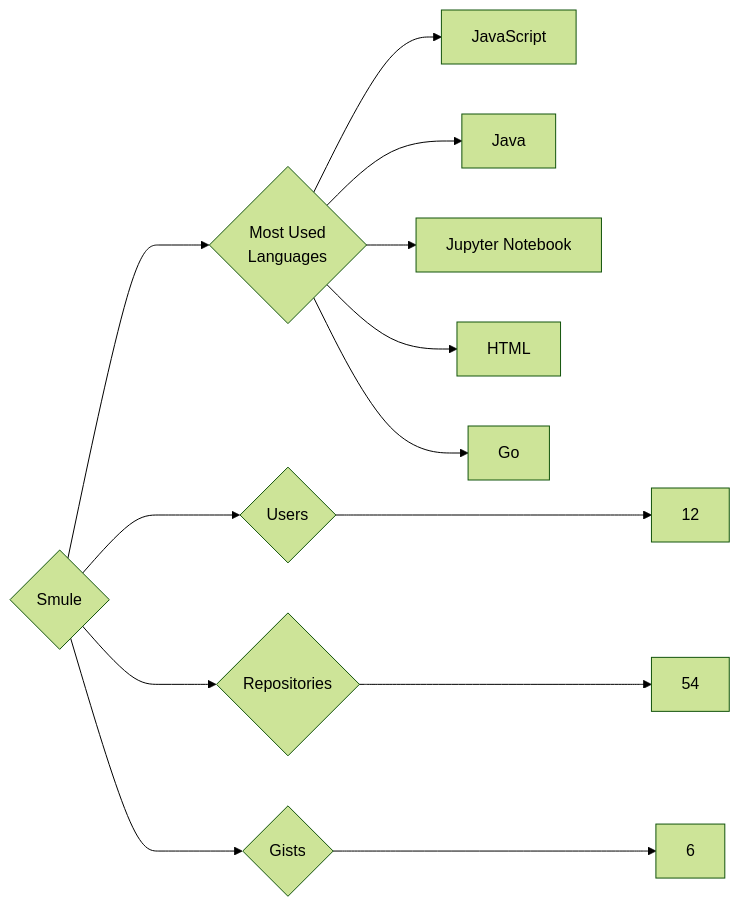
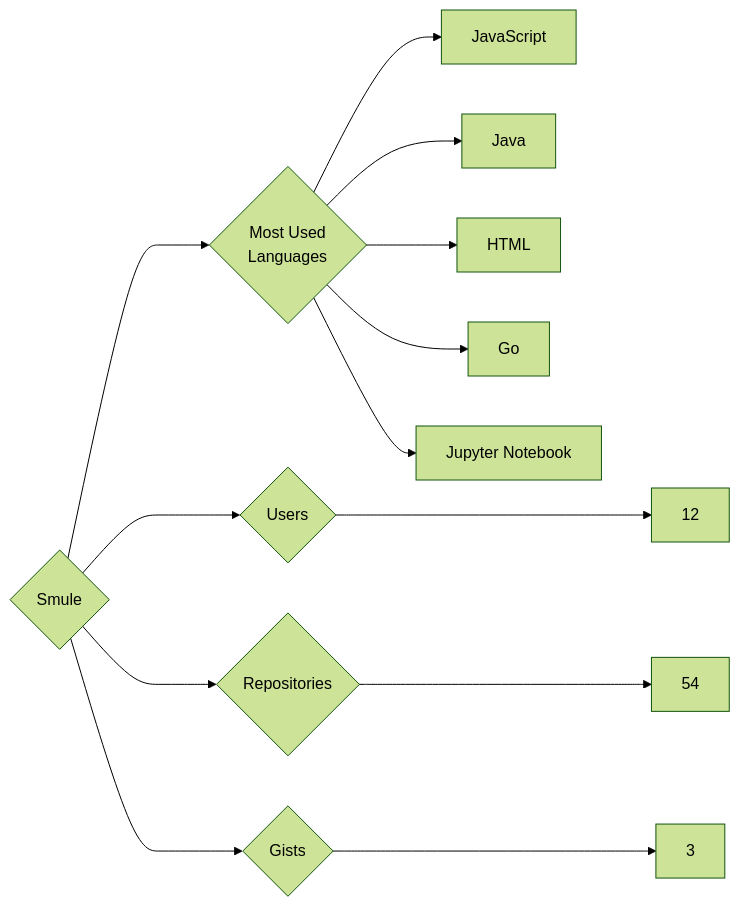
One commit to trickest/insiders changed the diagram in targets/Smule/README.md. Above: the diagram before and after it, drawn with Mermaid (forest theme). The commit also changed 1011 other files, not shown here.

````diff
--- a/targets/Smule/README.md
+++ b/targets/Smule/README.md
@@ -3,13 +3,13 @@
 ```mermaid
 graph LR
 COMPANY_NAME{Smule}
 COMPANY_NAME ---> U{Users} ---> UN[12]
 COMPANY_NAME ---> R{Repositories} ---> RN[54]
-COMPANY_NAME ---> G{Gists} ---> GN[6]
+COMPANY_NAME ---> G{Gists} ---> GN[3]
 COMPANY_NAME ---> ML{Most Used<br>Languages}
 ML --> JavaScript[JavaScript]
 ML --> Java[Java]
-ML --> Jupyter_Notebook[Jupyter Notebook]
 ML --> HTML[HTML]
 ML --> Go[Go]
+ML --> Jupyter_Notebook[Jupyter Notebook]
 ```
````
